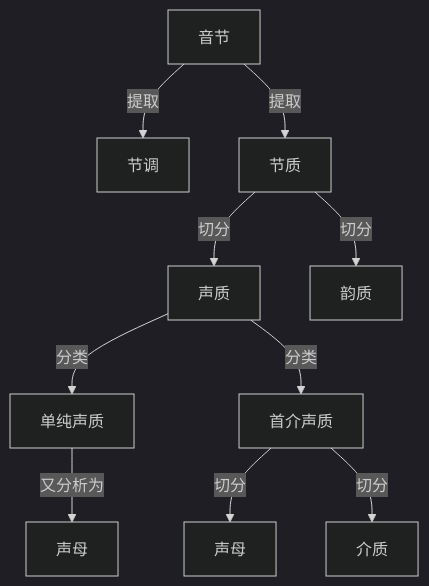
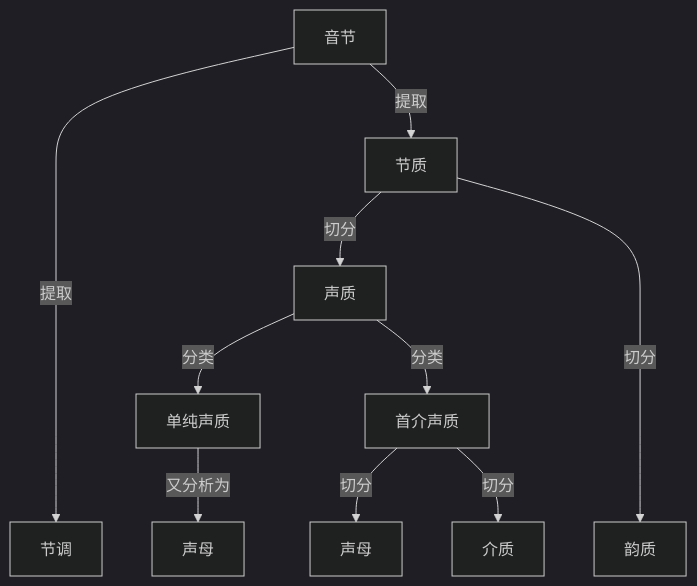
One commit to tsaanghwang/Yime-prototype changed the diagram in YIME_Theory/flowchart/一式一调三质分析.mmd. Above: the diagram before and after it, drawn with Mermaid (dark theme). The commit also changed 26 other files, not shown here.

```diff
--- a/YIME_Theory/flowchart/一式一调三质分析.mmd
+++ b/YIME_Theory/flowchart/一式一调三质分析.mmd
@@ -1,13 +1,13 @@
 
 
 
 graph TB
-    A[音节] --> |提取|B[节调]
+    A[音节] -----> |提取|B[节调]
     A --> |提取|C[节质]
     C --> |切分|D[声质]
-    C --> |切分|E[韵质]
+    C ----> |切分|E[韵质]
     D --> |分类|F[单纯声质]
     D --> |分类|G[首介声质]
     F --> |又分析为|H[声母]
     G --> |切分|I[声母]
     G --> |切分|J[介质]
```
